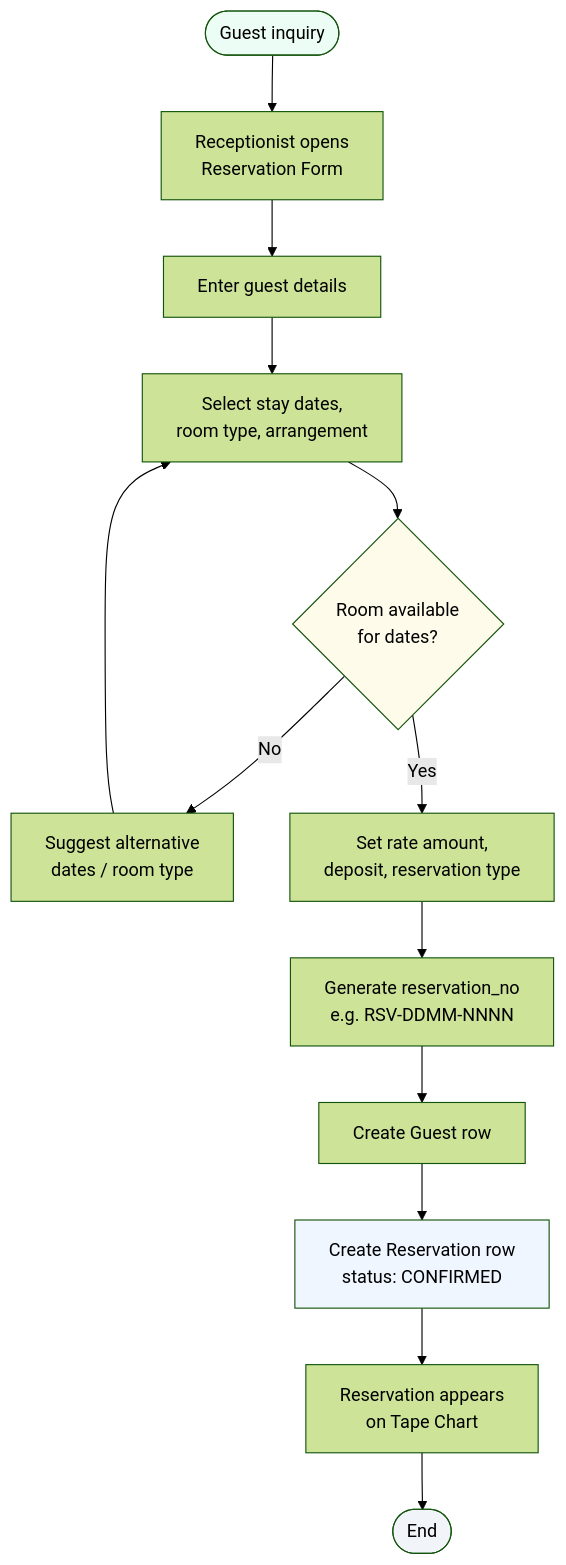
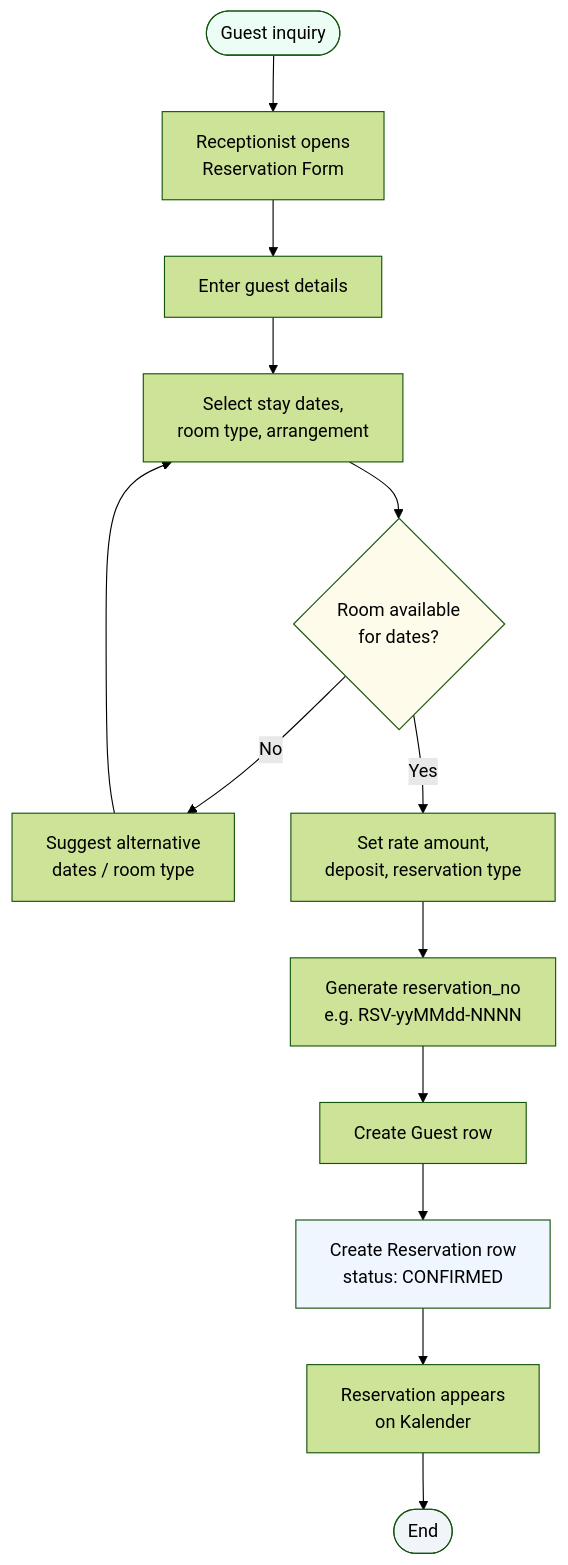
Before and after one commit to nurmareko/zadd-hotel-pms: the second of 9 diagrams in docs/business_process_mvp.md, drawn with Mermaid (forest theme). The commit also changed other lines of this file and 8 other files, not shown here.

````diff
--- a/docs/business_process_mvp.md
+++ b/docs/business_process_mvp.md
@@ -39,20 +39,20 @@
 ```mermaid
 flowchart TD
     A([Guest inquiry]) --> B[Receptionist opens<br/>Reservation Form]
     B --> C[Enter guest details]
     C --> D[Select stay dates,<br/>room type, arrangement]
     D --> E{Room available<br/>for dates?}
     E -->|No| F[Suggest alternative<br/>dates / room type]
     F --> D
     E -->|Yes| G[Set rate amount,<br/>deposit, reservation type]
-    G --> H[Generate reservation_no<br/>e.g. RSV-DDMM-NNNN]
+    G --> H[Generate reservation_no<br/>e.g. RSV-yyMMdd-NNNN]
     H --> I[Create Guest row]
     I --> J[Create Reservation row<br/>status: CONFIRMED]
-    J --> K[Reservation appears<br/>on Tape Chart]
+    J --> K[Reservation appears<br/>on Kalender]
     K --> L([End])
 
     style A fill:#ecfdf5
     style E fill:#fffbeb
     style J fill:#eff6ff
     style L fill:#f1f5f9
 ```
````
